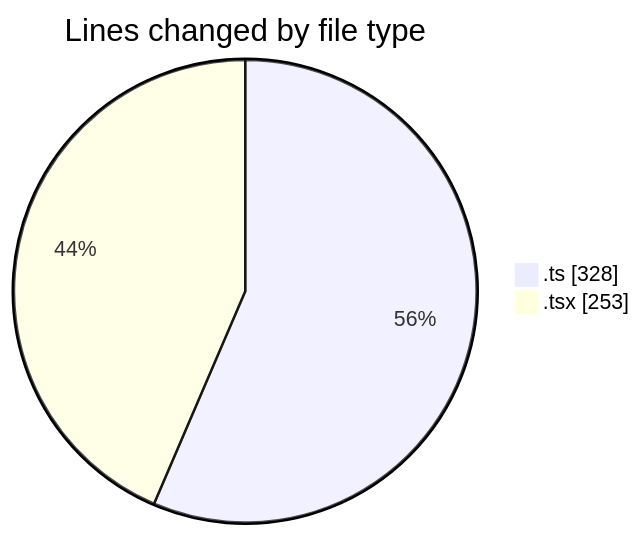
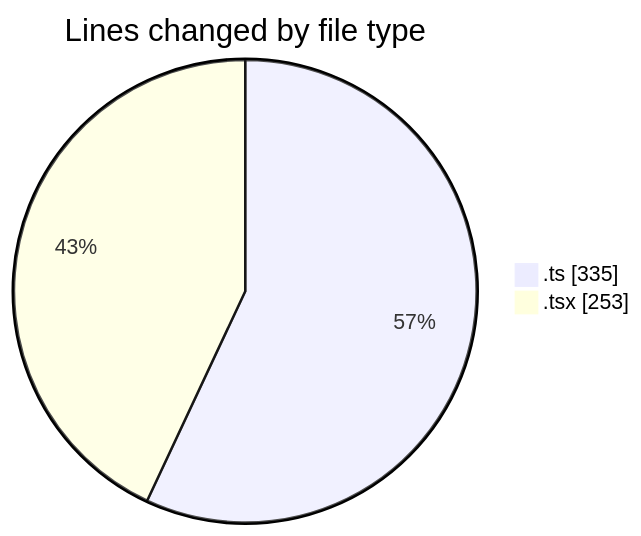
Before and after one commit to momahboobian/code-tracking: the first of 2 diagrams in 2025-09-02/cda/README.md, drawn with Mermaid. The commit also changed other lines of this file and 1 other file, not shown here.

````diff
--- a/2025-09-02/cda/README.md
+++ b/2025-09-02/cda/README.md
@@ -23,6 +23,6 @@
 ```mermaid
 pie showData
 title Lines changed by file type
-".ts" : 328
+".ts" : 335
 ".tsx" : 253
 ```
````
